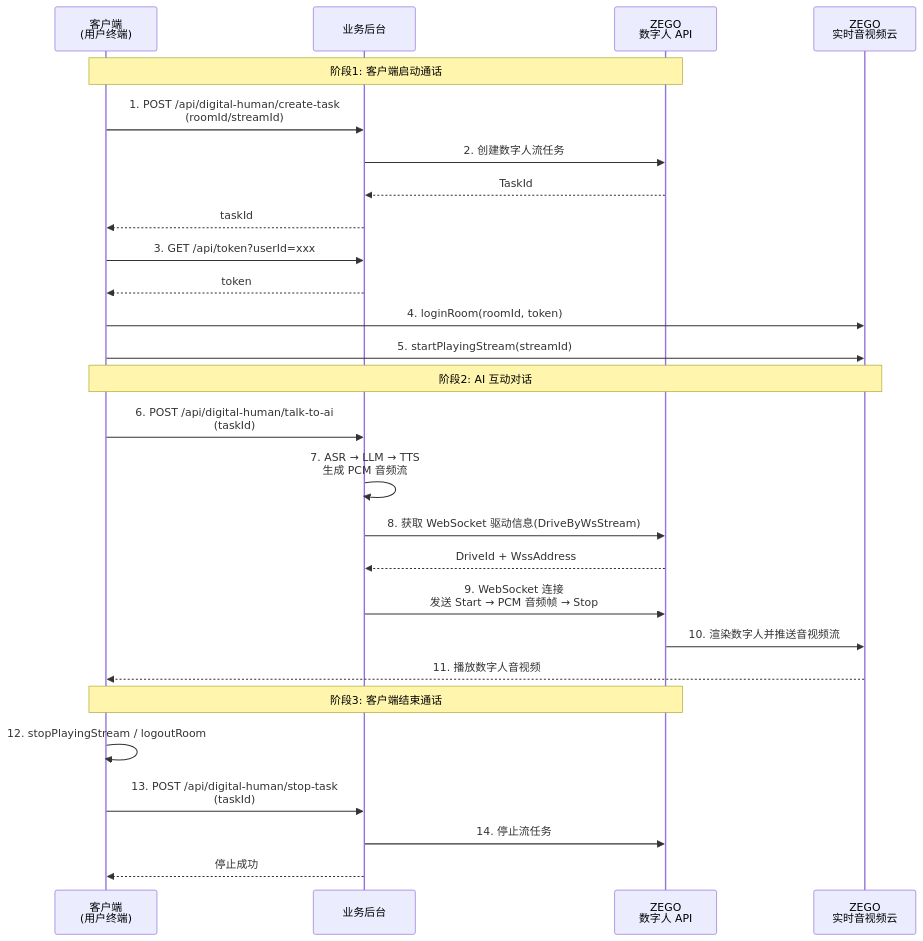
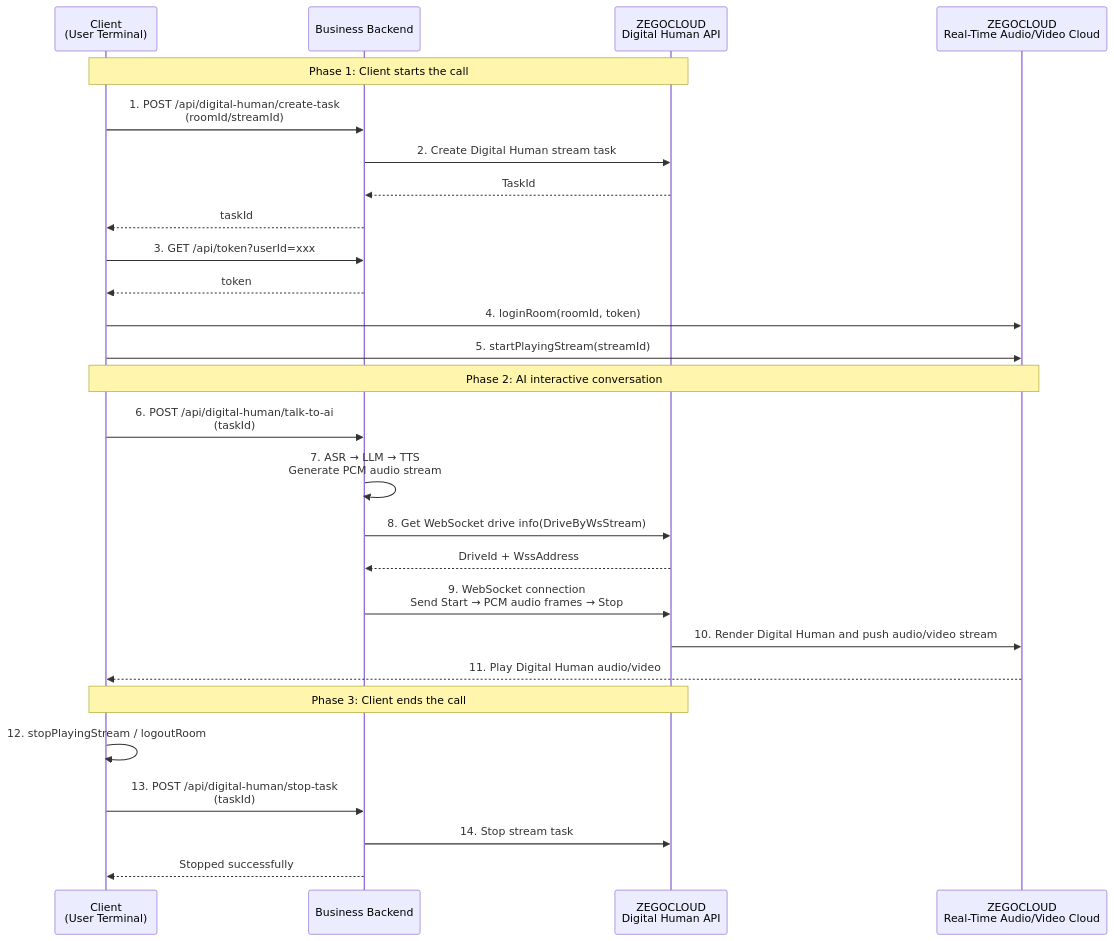
The diagram in core_products/digital-human/en/server/quick-start/interactive-chat-with-ai.mdx (ZEGOCLOUD/docs_all), drawn with Mermaid before and after one commit. The commit also changed other lines of this file and 65 other files, not shown here.

First line of the commit message:
DigitalHuman: Translate Chinese docs to English

````diff
--- a/core_products/digital-human/en/server/quick-start/interactive-chat-with-ai.mdx
+++ b/core_products/digital-human/en/server/quick-start/interactive-chat-with-ai.mdx
@@ -79,32 +79,32 @@
 ```mermaid
 sequenceDiagram
-    participant 客户端 as 客户端<br/>(用户终端)
-    participant 业务后台 as 业务后台
-    participant 数字人API as ZEGO<br/>数字人 API
-    participant RTC云 as ZEGO<br/>实时音视频云
+    participant Client as Client<br/>(User Terminal)
+    participant Backend as Business Backend
+    participant DAPI as ZEGOCLOUD<br/>Digital Human API
+    participant RTC as ZEGOCLOUD<br/>Real-Time Audio/Video Cloud
 
-    Note over 客户端,数字人API: 阶段1: 客户端启动通话
-    客户端->>业务后台: 1. POST /api/digital-human/create-task<br/>(roomId/streamId)
-    业务后台->>数字人API: 2. 创建数字人流任务
-    数字人API-->>业务后台: TaskId
-    业务后台-->>客户端: taskId
-    客户端->>业务后台: 3. GET /api/token?userId=xxx
-    业务后台-->>客户端: token
-    客户端->>RTC云: 4. loginRoom(roomId, token)
-    客户端->>RTC云: 5. startPlayingStream(streamId)
+    Note over Client,DAPI: Phase 1: Client starts the call
+    Client->>Backend: 1. POST /api/digital-human/create-task<br/>(roomId/streamId)
+    Backend->>DAPI: 2. Create Digital Human stream task
+    DAPI-->>Backend: TaskId
+    Backend-->>Client: taskId
+    Client->>Backend: 3. GET /api/token?userId=xxx
+    Backend-->>Client: token
+    Client->>RTC: 4. loginRoom(roomId, token)
+    Client->>RTC: 5. startPlayingStream(streamId)
 
-    Note over 客户端,RTC云: 阶段2: AI 互动对话
-    客户端->>业务后台: 6. POST /api/digital-human/talk-to-ai<br/>(taskId)
-    业务后台->>业务后台: 7. ASR → LLM → TTS<br/>生成 PCM 音频流
-    业务后台->>数字人API: 8. 获取 WebSocket 驱动信息(DriveByWsStream)
-    数字人API-->>业务后台: DriveId + WssAddress
-    业务后台->>数字人API: 9. WebSocket 连接<br/>发送 Start → PCM 音频帧 → Stop
-    数字人API->>RTC云: 10. 渲染数字人并推送音视频流
-    RTC云-->>客户端: 11. 播放数字人音视频
+    Note over Client,RTC: Phase 2: AI interactive conversation
+    Client->>Backend: 6. POST /api/digital-human/talk-to-ai<br/>(taskId)
+    Backend->>Backend: 7. ASR → LLM → TTS<br/>Generate PCM audio stream
+    Backend->>DAPI: 8. Get WebSocket drive info(DriveByWsStream)
+    DAPI-->>Backend: DriveId + WssAddress
+    Backend->>DAPI: 9. WebSocket connection<br/>Send Start → PCM audio frames → Stop
+    DAPI->>RTC: 10. Render Digital Human and push audio/video stream
+    RTC-->>Client: 11. Play Digital Human audio/video
 
-    Note over 客户端,数字人API: 阶段3: 客户端结束通话
-    客户端->>客户端: 12. stopPlayingStream / logoutRoom
-    客户端->>业务后台: 13. POST /api/digital-human/stop-task<br/>(taskId)
-    业务后台->>数字人API: 14. 停止流任务
-    业务后台-->>客户端: 停止成功
+    Note over Client,DAPI: Phase 3: Client ends the call
+    Client->>Client: 12. stopPlayingStream / logoutRoom
+    Client->>Backend: 13. POST /api/digital-human/stop-task<br/>(taskId)
+    Backend->>DAPI: 14. Stop stream task
+    Backend-->>Client: Stopped successfully
 ```
````
